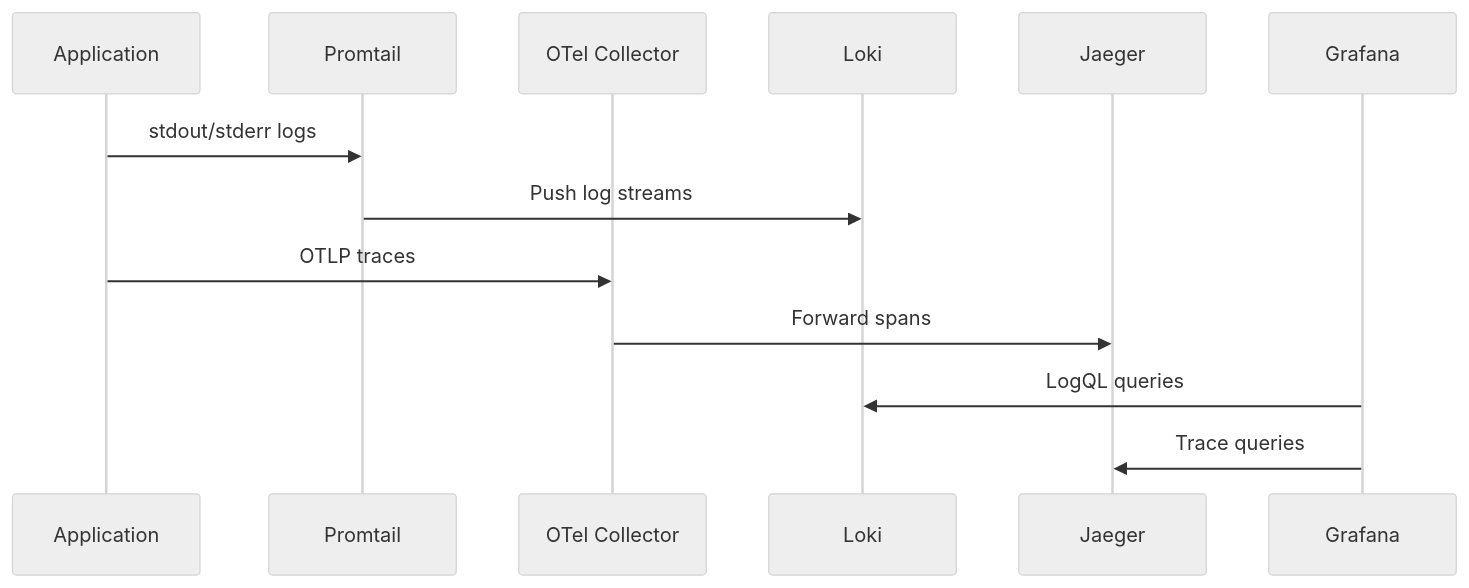
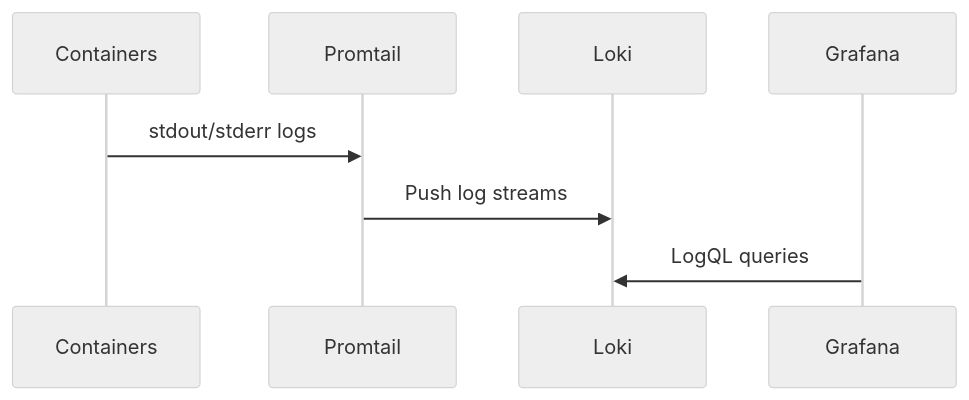
The fourth of 4 diagrams in ARCHITECTURE.md (Rafael2712/rhinometric-overview), drawn with Mermaid (neutral theme) before and after one commit. The commit also changed other lines of this file and 9 other files, not shown here.

````diff
--- a/ARCHITECTURE.md
+++ b/ARCHITECTURE.md
@@ -159,16 +162,11 @@
 ```mermaid
 sequenceDiagram
-    participant App as Application
+    participant App as Containers
     participant PT as Promtail
-    participant OTel as OTel Collector
     participant Loki as Loki
-    participant Jaeger as Jaeger
     participant G as Grafana
-    
+
     App->>PT: stdout/stderr logs
     PT->>Loki: Push log streams
-    App->>OTel: OTLP traces
-    OTel->>Jaeger: Forward spans
     G->>Loki: LogQL queries
-    G->>Jaeger: Trace queries
 ```
````
